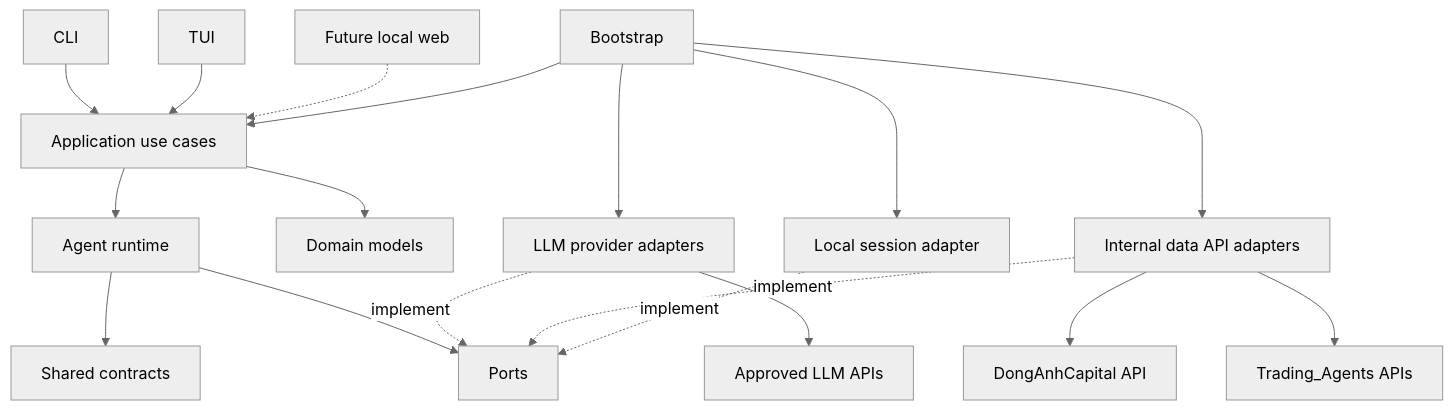
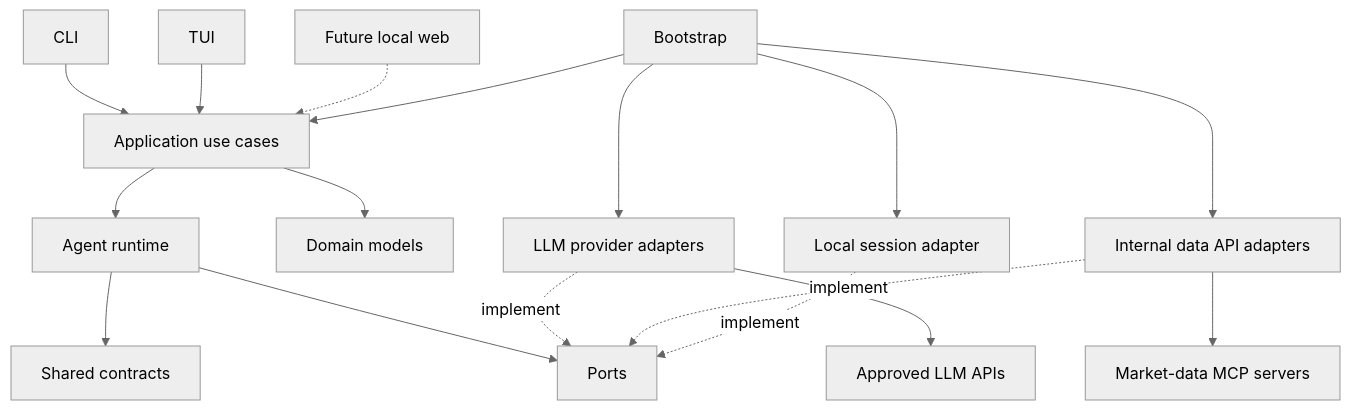
One commit to FinDaHuman/OpenTrading changed the first of 2 diagrams in handbook/architecture/architecture.md. Above: the diagram before and after it, drawn with Mermaid (neutral theme). The commit also changed 31 other files, not shown here.

````diff
--- a/handbook/architecture/architecture.md
+++ b/handbook/architecture/architecture.md
@@ -9,20 +9,19 @@
 ```mermaid
 flowchart TD
     CLI[CLI] --> APP[Application use cases]
     TUI[TUI] --> APP
     WEB[Future local web] -.-> APP
     APP --> RUNTIME[Agent runtime]
     APP --> DOMAIN[Domain models]
     RUNTIME --> CONTRACTS[Shared contracts]
     RUNTIME --> PORTS[Ports]
     BOOT[Bootstrap] --> APP
     BOOT --> PROVIDERS[LLM provider adapters]
     BOOT --> DATA[Internal data API adapters]
     BOOT --> STORE[Local session adapter]
     PROVIDERS -. implement .-> PORTS
     DATA -. implement .-> PORTS
     STORE -. implement .-> PORTS
     PROVIDERS --> LLM[Approved LLM APIs]
-    DATA --> DA[DongAnhCapital API]
-    DATA --> TA[Trading_Agents APIs]
+    DATA --> MCP[Market-data MCP servers]
 ```
````
